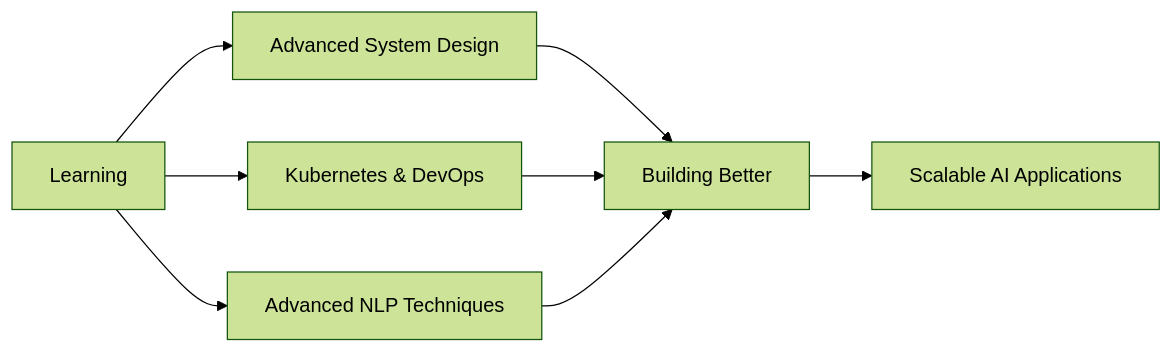
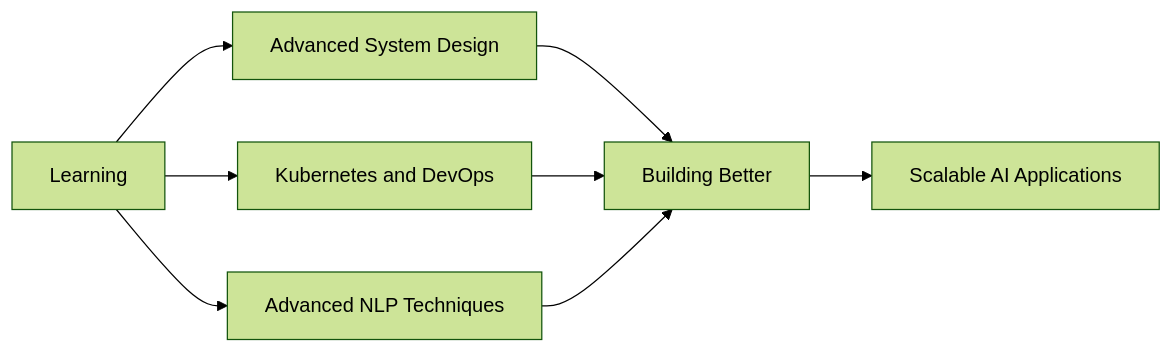
The diagram in README.md (EngRidhoNet/EngRidhoNet), drawn with Mermaid (forest theme) before and after one commit. The commit also changed other lines of this file, not shown here.

````diff
--- a/README.md
+++ b/README.md
@@ -197,10 +197,10 @@
 ```mermaid
 graph LR
     A[Learning] --> B[Advanced System Design]
-    A --> C[Kubernetes & DevOps]
+    A --> C[Kubernetes and DevOps]
     A --> D[Advanced NLP Techniques]
     B --> E[Building Better]
     C --> E
     D --> E
     E --> F[Scalable AI Applications]
 ```
````
